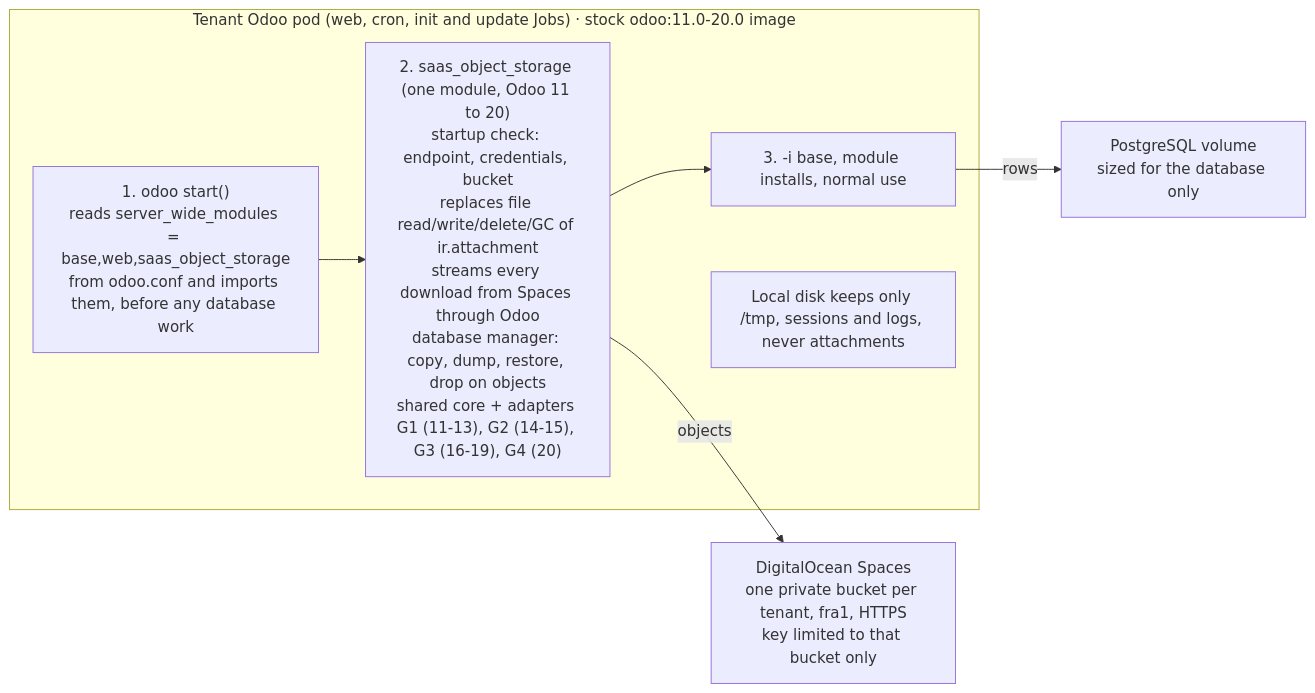
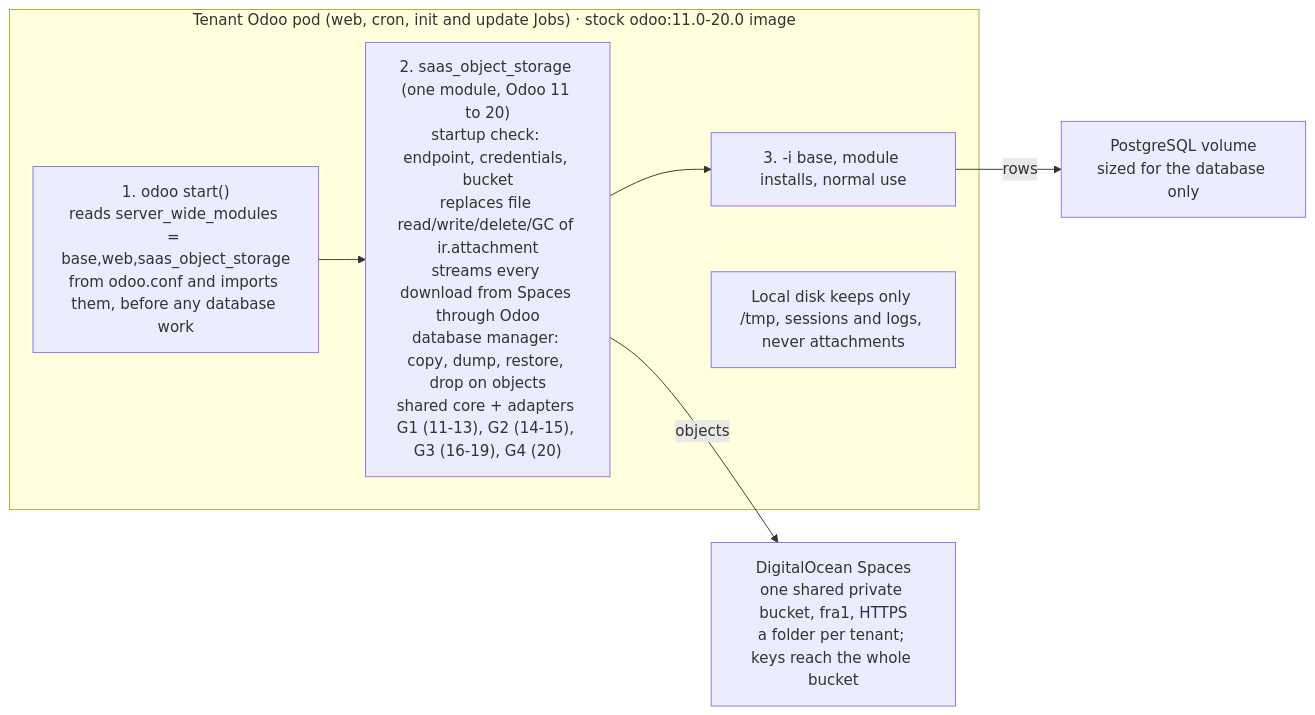
Before and after one commit to moutazmuhammad/odoo-saas-platform: the diagram in PLAN-spaces-filestore.md, drawn with Mermaid. The commit also changed other lines of this file, not shown here.

Commit message:
Spaces plan: one shared bucket, no gateway, accepted cross-tenant risk with mitigations

````diff
--- a/PLAN-spaces-filestore.md
+++ b/PLAN-spaces-filestore.md
@@ -44,14 +44,14 @@
 ```mermaid
 flowchart LR
     subgraph POD["Tenant Odoo pod (web, cron, init and update Jobs) · stock odoo:11.0-20.0 image"]
         A["1. odoo start()<br/>reads server_wide_modules = base,web,saas_object_storage<br/>from odoo.conf and imports them, before any database work"]
         B["2. saas_object_storage (one module, Odoo 11 to 20)<br/>startup check: endpoint, credentials, bucket<br/>replaces file read/write/delete/GC of ir.attachment<br/>streams every download from Spaces through Odoo<br/>database manager: copy, dump, restore, drop on objects<br/>shared core + adapters G1 (11-13), G2 (14-15), G3 (16-19), G4 (20)"]
         C["3. -i base, module installs, normal use"]
         L["Local disk keeps only /tmp, sessions and logs, never attachments"]
         A --> B --> C
     end
-    S["DigitalOcean Spaces<br/>one private bucket per tenant, fra1, HTTPS<br/>key limited to that bucket only"]
+    S["DigitalOcean Spaces<br/>one shared private bucket, fra1, HTTPS<br/>a folder per tenant; keys reach the whole bucket"]
     P["PostgreSQL volume<br/>sized for the database only"]
     B -- objects --> S
     C -- rows --> P
 ```
````
